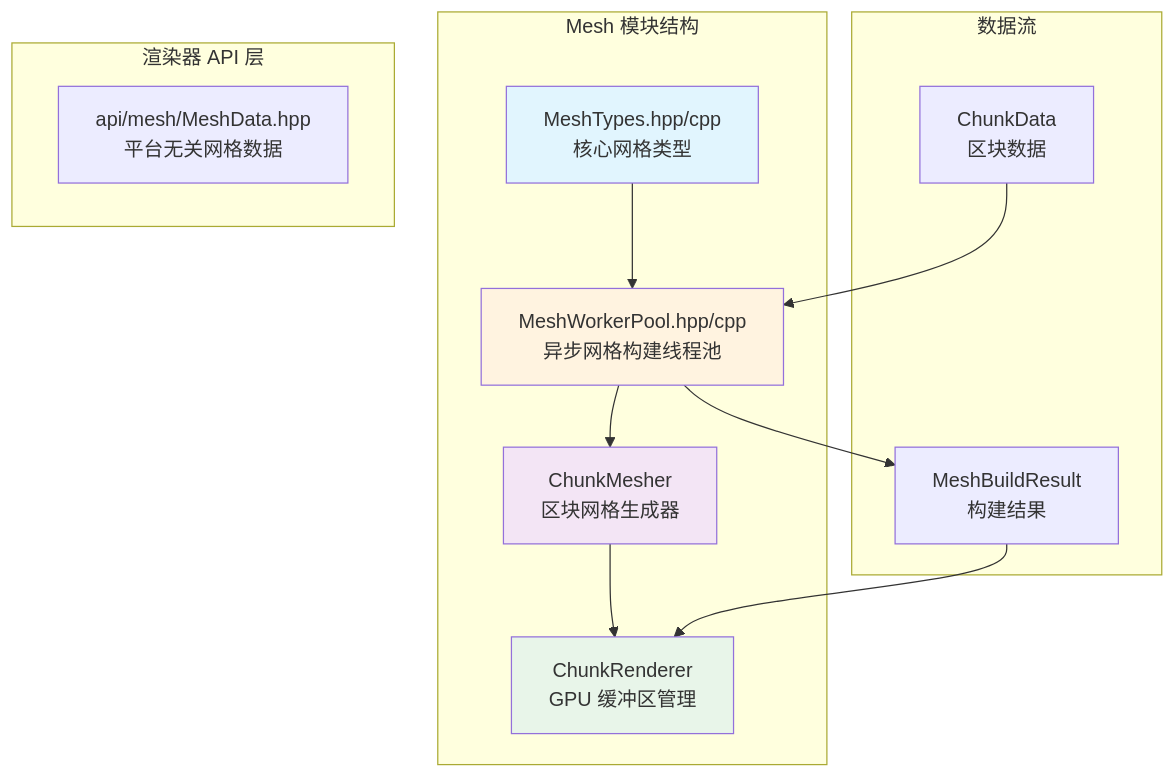
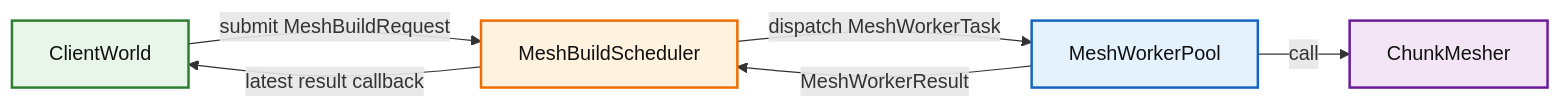
One commit to g122622/Cubium changed the first of 2 diagrams in src/client/renderer/mesh/README.md. Above: the diagram before and after it, drawn with Mermaid. The commit also changed other lines of this file and 21 other files, not shown here.

````diff
--- a/src/client/renderer/mesh/README.md
+++ b/src/client/renderer/mesh/README.md
@@ -5,23 +44,13 @@
 ```mermaid
-graph TB
-    subgraph "Mesh 模块结构"
-        A[MeshTypes.hpp/cpp<br/>核心网格类型] --> B[MeshWorkerPool.hpp/cpp<br/>异步网格构建线程池]
-        B --> C[ChunkMesher<br/>区块网格生成器]
-        C --> D[ChunkRenderer<br/>GPU 缓冲区管理]
-    end
-    
-    subgraph "数据流"
-        E[ChunkData<br/>区块数据] --> B
-        B --> F[MeshBuildResult<br/>构建结果]
-        F --> D
-    end
-    
-    subgraph "渲染器 API 层"
-        G[api/mesh/MeshData.hpp<br/>平台无关网格数据]
-    end
-    
-    style A fill:#e1f5fe
-    style B fill:#fff3e0
-    style C fill:#f3e5f5
-    style D fill:#e8f5e9
+graph LR
+    A[ClientWorld] -->|submit MeshBuildRequest| B[MeshBuildScheduler]
+    B -->|dispatch MeshWorkerTask| C[MeshWorkerPool]
+    C -->|call| D[ChunkMesher]
+    C -->|MeshWorkerResult| B
+    B -->|latest result callback| A
+
+    style A fill:#e8f5e9,stroke:#2e7d32,stroke-width:2px,color:#111
+    style B fill:#fff3e0,stroke:#ef6c00,stroke-width:2px,color:#111
+    style C fill:#e3f2fd,stroke:#1565c0,stroke-width:2px,color:#111
+    style D fill:#f3e5f5,stroke:#6a1b9a,stroke-width:2px,color:#111
 ```
````
